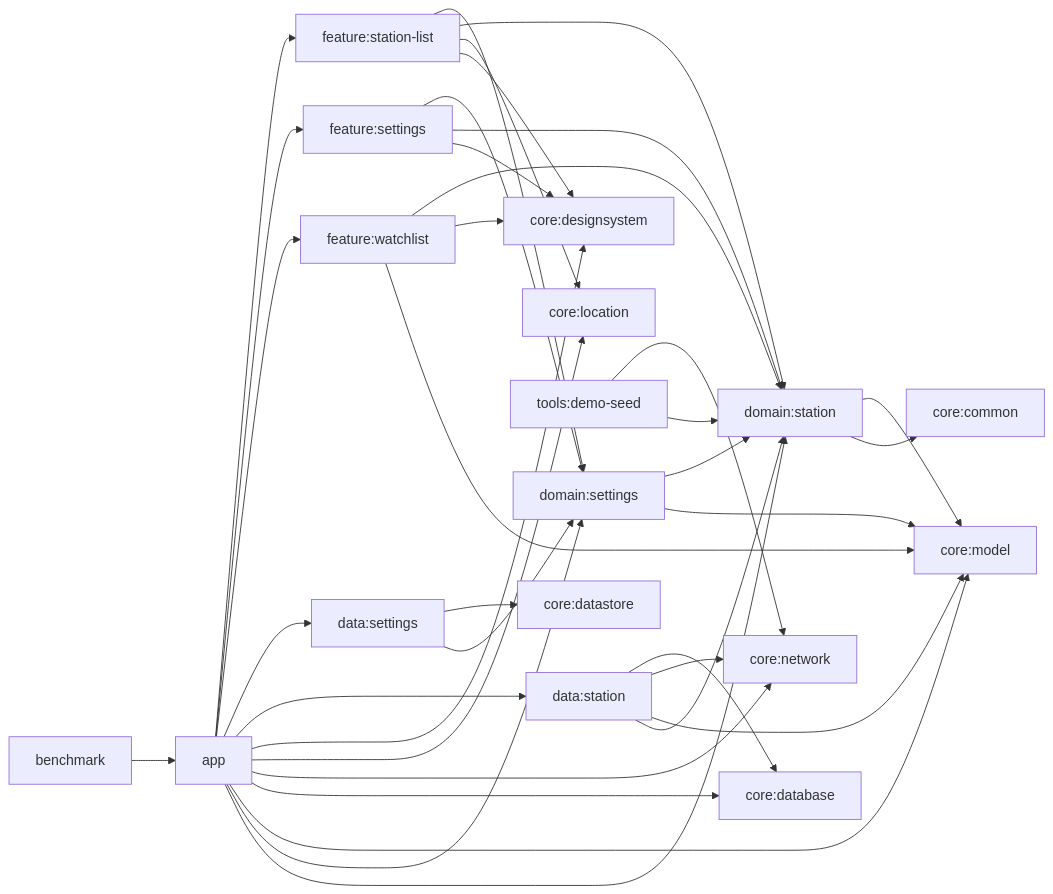
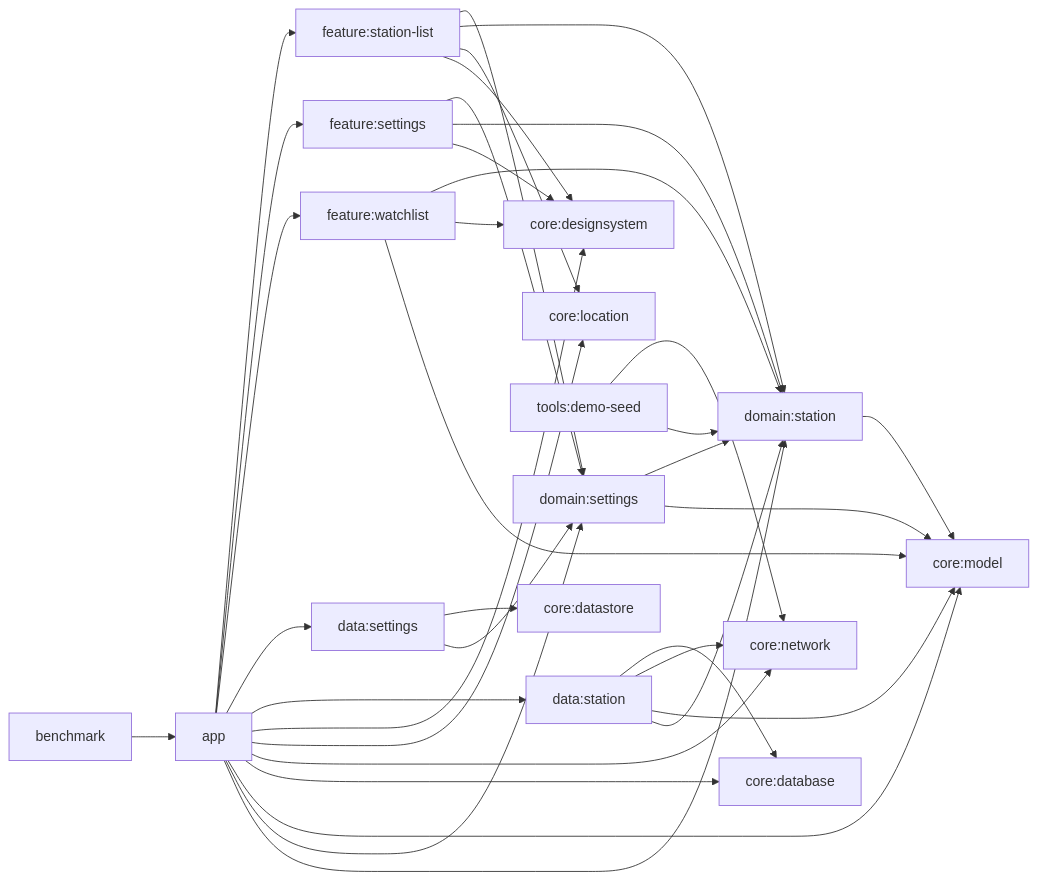
The diagram in docs/architecture.md (beyondwin/GasStation), drawn with Mermaid before and after one commit. The commit also changed other lines of this file and 8 other files, not shown here.

````diff
--- a/docs/architecture.md
+++ b/docs/architecture.md
@@ -5,45 +7,44 @@
 ```mermaid
 flowchart LR
     app["app"] --> fstation["feature:station-list"]
     app --> fsettings["feature:settings"]
     app --> fwatch["feature:watchlist"]
     app --> dsettings["data:settings"]
     app --> dstation["data:station"]
     app --> cdesign["core:designsystem"]
     app --> clocation["core:location"]
     app --> cnetwork["core:network"]
     app --> cdatabase["core:database"]
     app --> cmodel["core:model"]
     app --> domSettings["domain:settings"]
     app --> domStation["domain:station"]
 
     fstation --> domSettings
     fstation --> domStation
     fstation --> clocation
     fstation --> cdesign
 
     fsettings --> domSettings
     fsettings --> domStation
     fsettings --> cdesign
 
     fwatch --> domStation
     fwatch --> cdesign
     fwatch --> cmodel
 
     dsettings --> cdatastore["core:datastore"]
     dsettings --> domSettings
 
     dstation --> cdatabase
     dstation --> cnetwork
     dstation --> cmodel
     dstation --> domStation
 
     domSettings --> domStation
     domSettings --> cmodel
     domStation --> cmodel
-    domStation --> ccommon["core:common"]
 
     tools["tools:demo-seed"] --> cnetwork
     tools --> domStation
     benchmark["benchmark"] --> app
 ```
````
